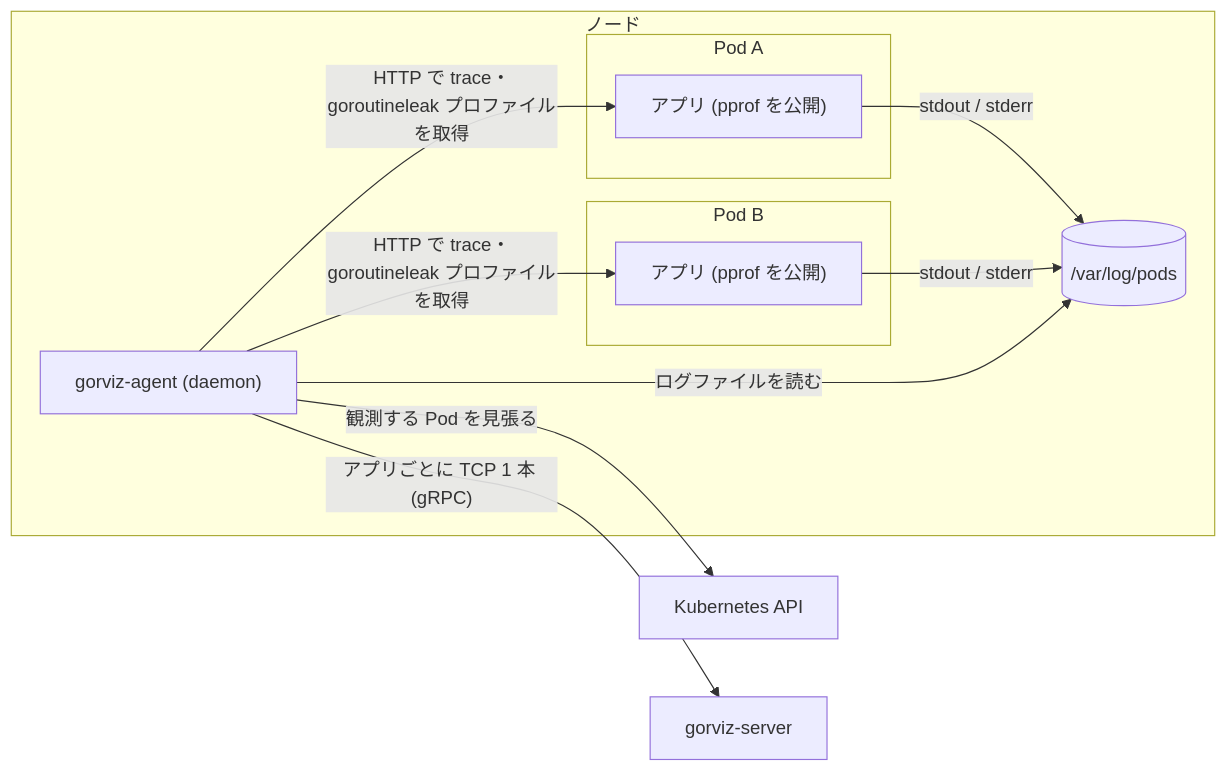
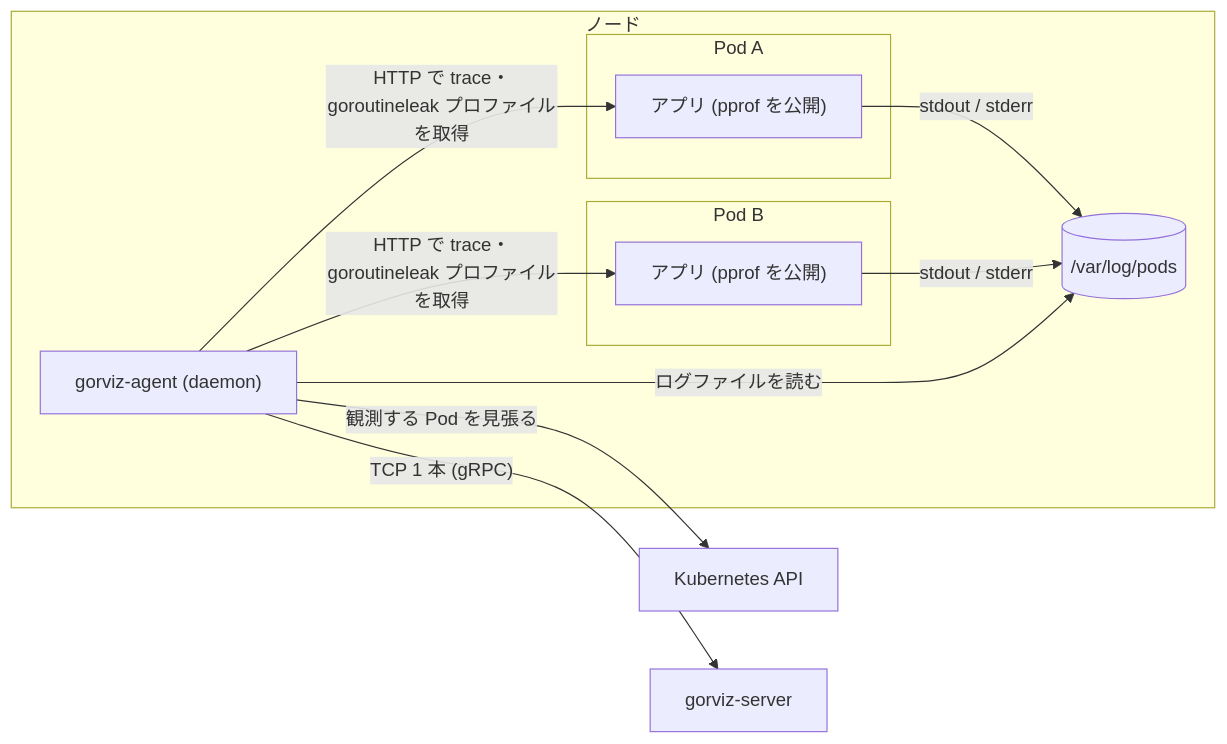
One commit to kakkky/gorviz changed the second of 6 diagrams in docs/design.md. Above: the diagram before and after it, drawn with Mermaid. The commit also changed other lines of this file and 1 other file, not shown here.

Commit message:
docs: add the architecture with per-component layer diagrams, send over one connection per agent with the instance on each observation, resend from the cursor the server returns, and keep the agent's in-memory state in drivers behind accessors

````diff
--- a/docs/design.md
+++ b/docs/design.md
@@ -117,23 +117,23 @@
 ```mermaid
 flowchart LR
     subgraph node["ノード"]
         subgraph podA["Pod A"]
             appA["アプリ (pprof を公開)"]
         end
         subgraph podB["Pod B"]
             appB["アプリ (pprof を公開)"]
         end
         logs[("/var/log/pods")]
         agent["gorviz-agent (daemon)"]
     end
     k8s["Kubernetes API"]
     server["gorviz-server"]
 
     agent -->|"観測する Pod を見張る"| k8s
     agent -->|"HTTP で trace・goroutineleak プロファイルを取得"| appA
     agent -->|"HTTP で trace・goroutineleak プロファイルを取得"| appB
     appA -->|"stdout / stderr"| logs
     appB -->|"stdout / stderr"| logs
     agent -->|"ログファイルを読む"| logs
-    agent -->|"アプリごとに TCP 1 本 (gRPC)"| server
+    agent -->|"TCP 1 本 (gRPC)"| server
 ```
````
